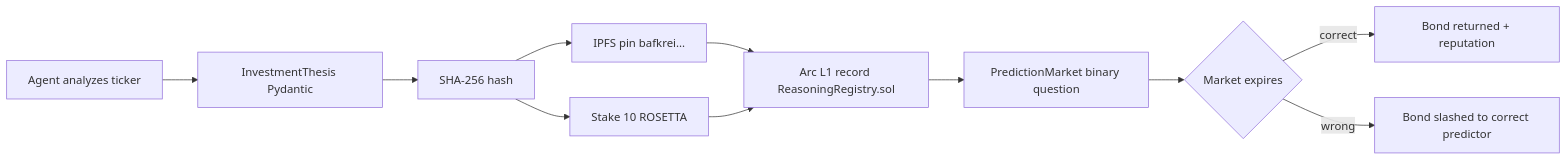
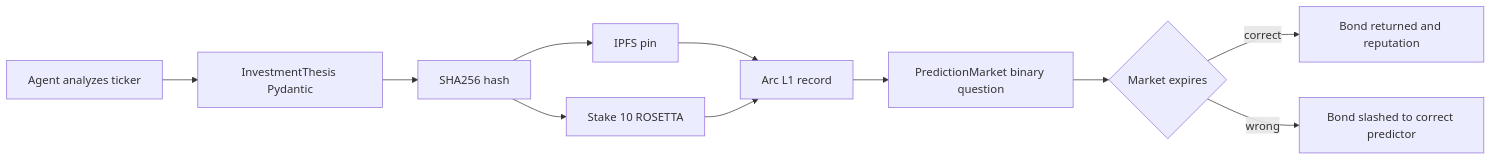
Before and after one commit to Mihai-Codes/rosetta-alpha: the second of 2 diagrams in README.md, drawn with Mermaid. The commit also changed other lines of this file, not shown here.

First line of the commit message:
fix: apply maximum compatibility patch to mermaid diagrams

````diff
--- a/README.md
+++ b/README.md
@@ -200,13 +200,13 @@
 ```mermaid
 flowchart LR
     A["Agent analyzes ticker"] --> B["InvestmentThesis Pydantic"]
-    B --> C["SHA-256 hash"]
-    C --> D["IPFS pin bafkrei..."]
+    B --> C["SHA256 hash"]
+    C --> D["IPFS pin"]
     C --> E["Stake 10 ROSETTA"]
-    D --> F["Arc L1 record ReasoningRegistry.sol"]
+    D --> F["Arc L1 record"]
     E --> F
     F --> G["PredictionMarket binary question"]
     G --> H{"Market expires"}
-    H -->|correct| I["Bond returned + reputation"]
+    H -->|correct| I["Bond returned and reputation"]
     H -->|wrong| J["Bond slashed to correct predictor"]
 ```
````
